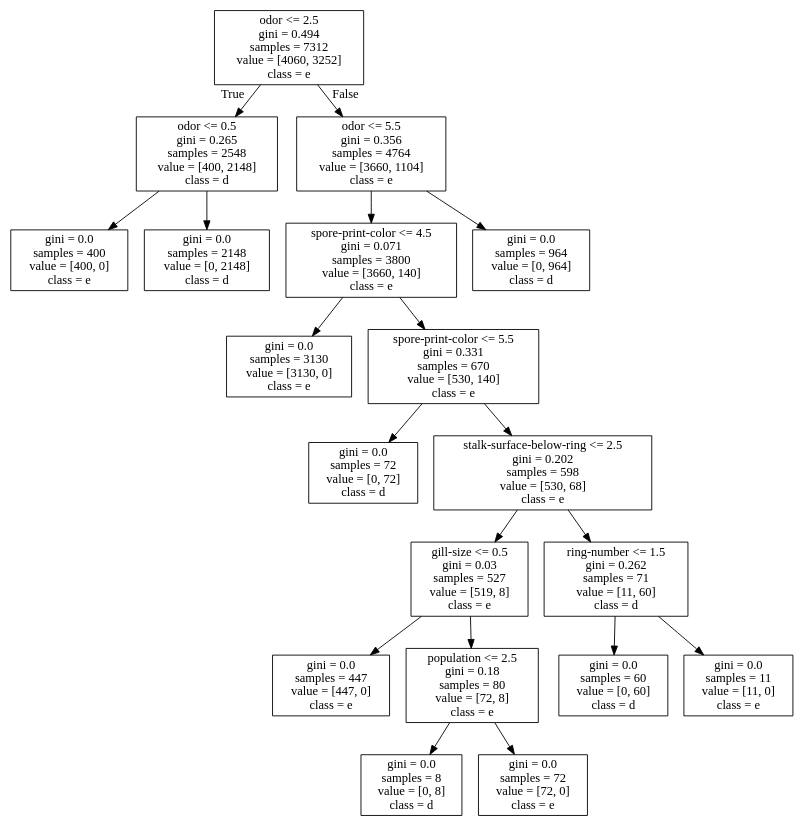
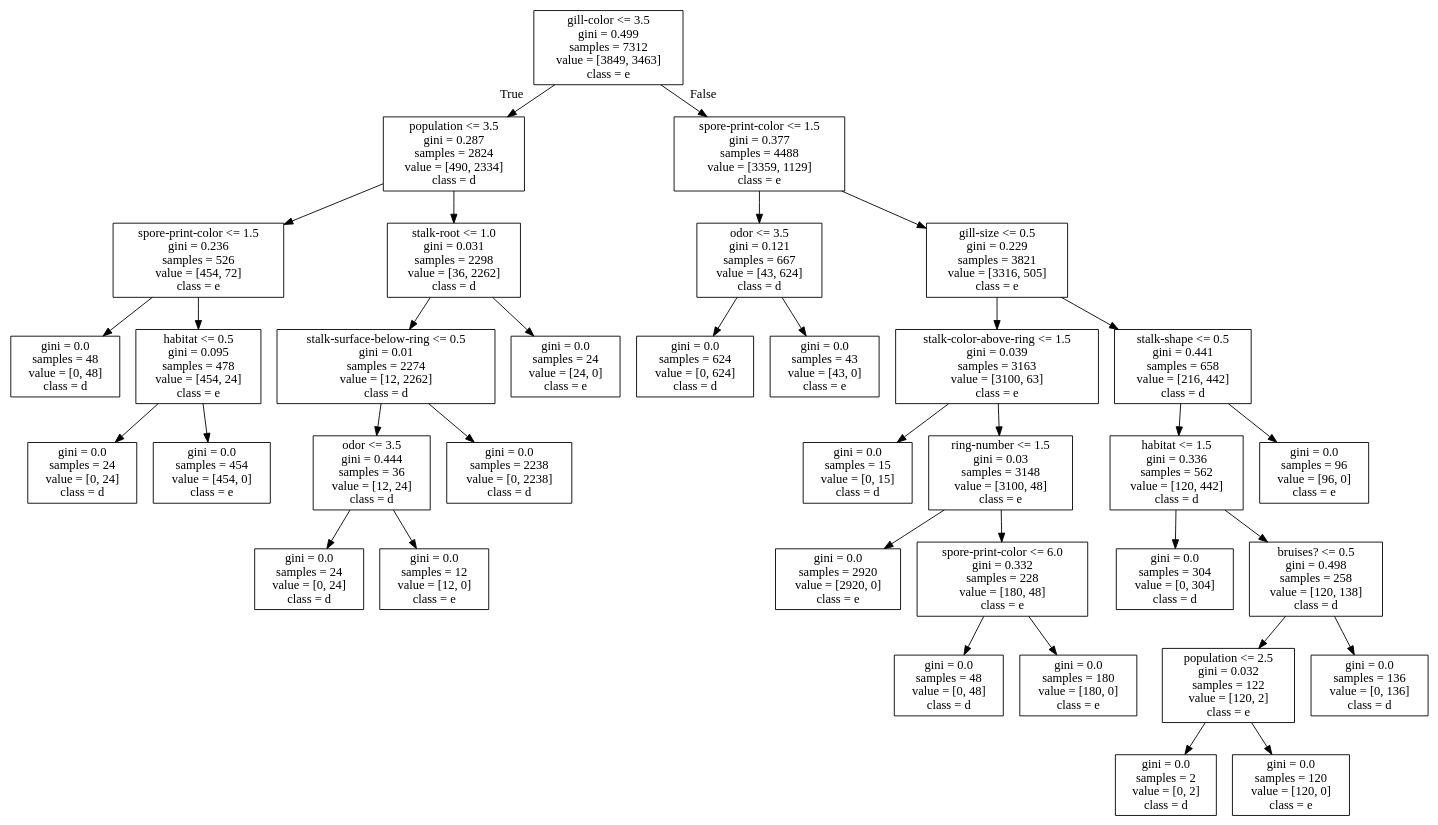
Before and after one commit to AlirezaParchami/Rule-Extraction-Using-ID3-and-CART-and-KNN-Text-Classification: the diagram in notebooks/CART.gv, drawn with Graphviz. The commit also changed 7 other files, not shown here.

```diff
--- a/notebooks/CART.gv
+++ b/notebooks/CART.gv
@@ -1,40 +1,72 @@
 digraph Tree {
 node [shape=box] ;
-0 [label="odor <= 2.5\ngini = 0.494\nsamples = 7312\nvalue = [4060, 3252]\nclass = e"] ;
-1 [label="odor <= 0.5\ngini = 0.265\nsamples = 2548\nvalue = [400, 2148]\nclass = d"] ;
+0 [label="gill-color <= 3.5\ngini = 0.499\nsamples = 7312\nvalue = [3849, 3463]\nclass = e"] ;
+1 [label="population <= 3.5\ngini = 0.287\nsamples = 2824\nvalue = [490, 2334]\nclass = d"] ;
 0 -> 1 [labeldistance=2.5, labelangle=45, headlabel="True"] ;
-2 [label="gini = 0.0\nsamples = 400\nvalue = [400, 0]\nclass = e"] ;
+2 [label="spore-print-color <= 1.5\ngini = 0.236\nsamples = 526\nvalue = [454, 72]\nclass = e"] ;
 1 -> 2 ;
-3 [label="gini = 0.0\nsamples = 2148\nvalue = [0, 2148]\nclass = d"] ;
-1 -> 3 ;
-4 [label="odor <= 5.5\ngini = 0.356\nsamples = 4764\nvalue = [3660, 1104]\nclass = e"] ;
-0 -> 4 [labeldistance=2.5, labelangle=-45, headlabel="False"] ;
-5 [label="spore-print-color <= 4.5\ngini = 0.071\nsamples = 3800\nvalue = [3660, 140]\nclass = e"] ;
+3 [label="gini = 0.0\nsamples = 48\nvalue = [0, 48]\nclass = d"] ;
+2 -> 3 ;
+4 [label="habitat <= 0.5\ngini = 0.095\nsamples = 478\nvalue = [454, 24]\nclass = e"] ;
+2 -> 4 ;
+5 [label="gini = 0.0\nsamples = 24\nvalue = [0, 24]\nclass = d"] ;
 4 -> 5 ;
-6 [label="gini = 0.0\nsamples = 3130\nvalue = [3130, 0]\nclass = e"] ;
-5 -> 6 ;
-7 [label="spore-print-color <= 5.5\ngini = 0.331\nsamples = 670\nvalue = [530, 140]\nclass = e"] ;
-5 -> 7 ;
-8 [label="gini = 0.0\nsamples = 72\nvalue = [0, 72]\nclass = d"] ;
+6 [label="gini = 0.0\nsamples = 454\nvalue = [454, 0]\nclass = e"] ;
+4 -> 6 ;
+7 [label="stalk-root <= 1.0\ngini = 0.031\nsamples = 2298\nvalue = [36, 2262]\nclass = d"] ;
+1 -> 7 ;
+8 [label="stalk-surface-below-ring <= 0.5\ngini = 0.01\nsamples = 2274\nvalue = [12, 2262]\nclass = d"] ;
 7 -> 8 ;
-9 [label="stalk-surface-below-ring <= 2.5\ngini = 0.202\nsamples = 598\nvalue = [530, 68]\nclass = e"] ;
-7 -> 9 ;
-10 [label="gill-size <= 0.5\ngini = 0.03\nsamples = 527\nvalue = [519, 8]\nclass = e"] ;
+9 [label="odor <= 3.5\ngini = 0.444\nsamples = 36\nvalue = [12, 24]\nclass = d"] ;
+8 -> 9 ;
+10 [label="gini = 0.0\nsamples = 24\nvalue = [0, 24]\nclass = d"] ;
 9 -> 10 ;
-11 [label="gini = 0.0\nsamples = 447\nvalue = [447, 0]\nclass = e"] ;
-10 -> 11 ;
-12 [label="population <= 2.5\ngini = 0.18\nsamples = 80\nvalue = [72, 8]\nclass = e"] ;
-10 -> 12 ;
-13 [label="gini = 0.0\nsamples = 8\nvalue = [0, 8]\nclass = d"] ;
-12 -> 13 ;
-14 [label="gini = 0.0\nsamples = 72\nvalue = [72, 0]\nclass = e"] ;
-12 -> 14 ;
-15 [label="ring-number <= 1.5\ngini = 0.262\nsamples = 71\nvalue = [11, 60]\nclass = d"] ;
-9 -> 15 ;
-16 [label="gini = 0.0\nsamples = 60\nvalue = [0, 60]\nclass = d"] ;
+11 [label="gini = 0.0\nsamples = 12\nvalue = [12, 0]\nclass = e"] ;
+9 -> 11 ;
+12 [label="gini = 0.0\nsamples = 2238\nvalue = [0, 2238]\nclass = d"] ;
+8 -> 12 ;
+13 [label="gini = 0.0\nsamples = 24\nvalue = [24, 0]\nclass = e"] ;
+7 -> 13 ;
+14 [label="spore-print-color <= 1.5\ngini = 0.377\nsamples = 4488\nvalue = [3359, 1129]\nclass = e"] ;
+0 -> 14 [labeldistance=2.5, labelangle=-45, headlabel="False"] ;
+15 [label="odor <= 3.5\ngini = 0.121\nsamples = 667\nvalue = [43, 624]\nclass = d"] ;
+14 -> 15 ;
+16 [label="gini = 0.0\nsamples = 624\nvalue = [0, 624]\nclass = d"] ;
 15 -> 16 ;
-17 [label="gini = 0.0\nsamples = 11\nvalue = [11, 0]\nclass = e"] ;
+17 [label="gini = 0.0\nsamples = 43\nvalue = [43, 0]\nclass = e"] ;
 15 -> 17 ;
-18 [label="gini = 0.0\nsamples = 964\nvalue = [0, 964]\nclass = d"] ;
-4 -> 18 ;
+18 [label="gill-size <= 0.5\ngini = 0.229\nsamples = 3821\nvalue = [3316, 505]\nclass = e"] ;
+14 -> 18 ;
+19 [label="stalk-color-above-ring <= 1.5\ngini = 0.039\nsamples = 3163\nvalue = [3100, 63]\nclass = e"] ;
+18 -> 19 ;
+20 [label="gini = 0.0\nsamples = 15\nvalue = [0, 15]\nclass = d"] ;
+19 -> 20 ;
+21 [label="ring-number <= 1.5\ngini = 0.03\nsamples = 3148\nvalue = [3100, 48]\nclass = e"] ;
+19 -> 21 ;
+22 [label="gini = 0.0\nsamples = 2920\nvalue = [2920, 0]\nclass = e"] ;
+21 -> 22 ;
+23 [label="spore-print-color <= 6.0\ngini = 0.332\nsamples = 228\nvalue = [180, 48]\nclass = e"] ;
+21 -> 23 ;
+24 [label="gini = 0.0\nsamples = 48\nvalue = [0, 48]\nclass = d"] ;
+23 -> 24 ;
+25 [label="gini = 0.0\nsamples = 180\nvalue = [180, 0]\nclass = e"] ;
+23 -> 25 ;
+26 [label="stalk-shape <= 0.5\ngini = 0.441\nsamples = 658\nvalue = [216, 442]\nclass = d"] ;
+18 -> 26 ;
+27 [label="habitat <= 1.5\ngini = 0.336\nsamples = 562\nvalue = [120, 442]\nclass = d"] ;
+26 -> 27 ;
+28 [label="gini = 0.0\nsamples = 304\nvalue = [0, 304]\nclass = d"] ;
+27 -> 28 ;
+29 [label="bruises? <= 0.5\ngini = 0.498\nsamples = 258\nvalue = [120, 138]\nclass = d"] ;
+27 -> 29 ;
+30 [label="population <= 2.5\ngini = 0.032\nsamples = 122\nvalue = [120, 2]\nclass = e"] ;
+29 -> 30 ;
+31 [label="gini = 0.0\nsamples = 2\nvalue = [0, 2]\nclass = d"] ;
+30 -> 31 ;
+32 [label="gini = 0.0\nsamples = 120\nvalue = [120, 0]\nclass = e"] ;
+30 -> 32 ;
+33 [label="gini = 0.0\nsamples = 136\nvalue = [0, 136]\nclass = d"] ;
+29 -> 33 ;
+34 [label="gini = 0.0\nsamples = 96\nvalue = [96, 0]\nclass = e"] ;
+26 -> 34 ;
 }
```
